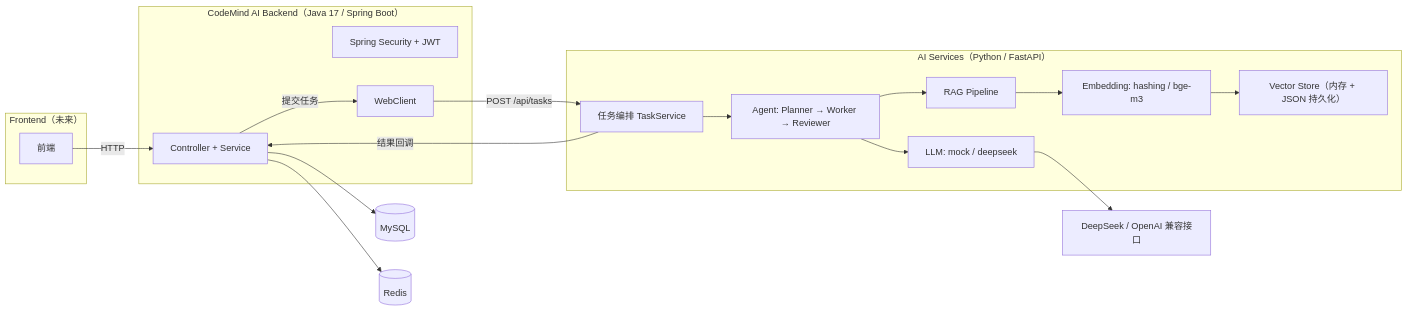
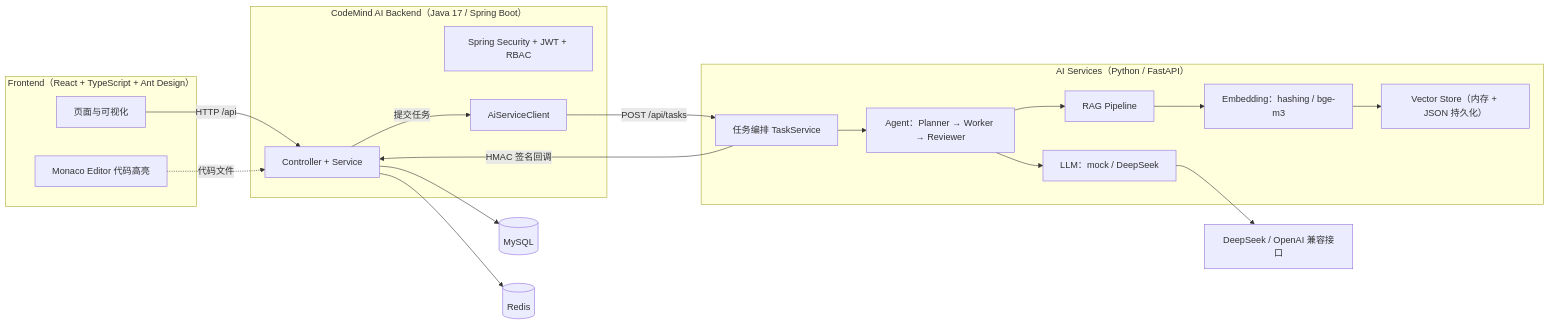
The diagram in README.md (Ana12311/CodeMind-AI), drawn with Mermaid before and after one commit. The commit also changed other lines of this file and 1 other file, not shown here.

````diff
--- a/README.md
+++ b/README.md
@@ -22,38 +29,40 @@
 ```mermaid
 flowchart LR
-    subgraph FE["Frontend（未来）"]
-        UI[前端]
+    subgraph FE["Frontend（React + TypeScript + Ant Design）"]
+        UI[页面与可视化]
+        MON[Monaco Editor 代码高亮]
     end
 
     subgraph Backend["CodeMind AI Backend（Java 17 / Spring Boot）"]
         API[Controller + Service]
-        SEC[Spring Security + JWT]
-        WC[WebClient]
+        SEC[Spring Security + JWT + RBAC]
+        CLIENT[AiServiceClient]
     end
 
     subgraph AI["AI Services（Python / FastAPI）"]
         TASK[任务编排 TaskService]
-        AGENT[Agent: Planner → Worker → Reviewer]
+        AGENT[Agent：Planner → Worker → Reviewer]
         RAG[RAG Pipeline]
-        EMB[Embedding: hashing / bge-m3]
+        EMB[Embedding：hashing / bge-m3]
         VS[Vector Store（内存 + JSON 持久化）]
-        LLM[LLM: mock / deepseek]
+        LLM[LLM：mock / DeepSeek]
     end
 
     DB[(MySQL)]
     RD[(Redis)]
     LLMExt[DeepSeek / OpenAI 兼容接口]
 
-    UI -->|HTTP| API
+    UI -->|HTTP /api| API
     API --> DB
     API --> RD
-    API -->|提交任务| WC
-    WC -->|POST /api/tasks| TASK
+    API -->|提交任务| CLIENT
+    CLIENT -->|POST /api/tasks| TASK
     TASK --> AGENT
     AGENT --> RAG
     RAG --> EMB
     EMB --> VS
     AGENT --> LLM
     LLM --> LLMExt
-    TASK -->|结果回调| API
+    TASK -->|HMAC 签名回调| API
+    MON -.->|代码文件| API
 ```
````
